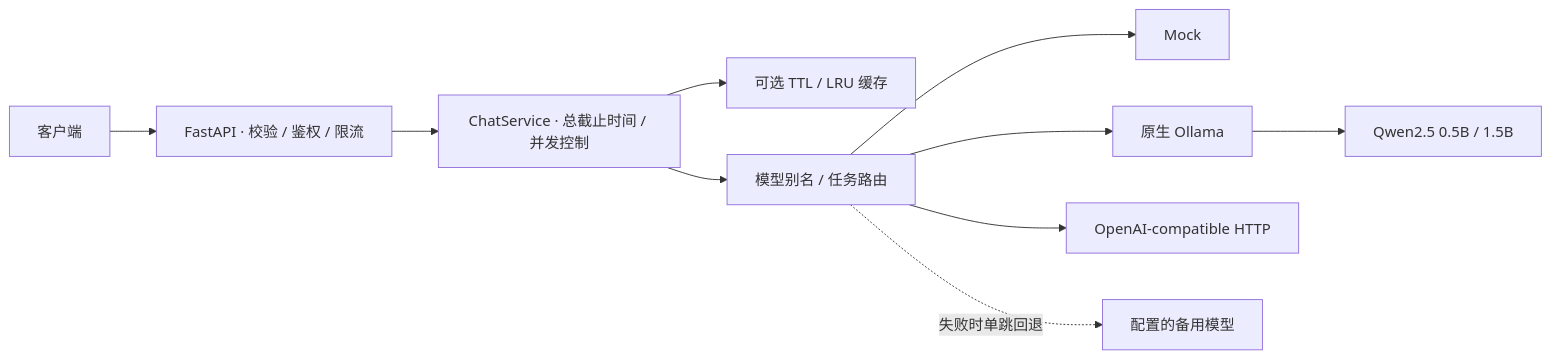
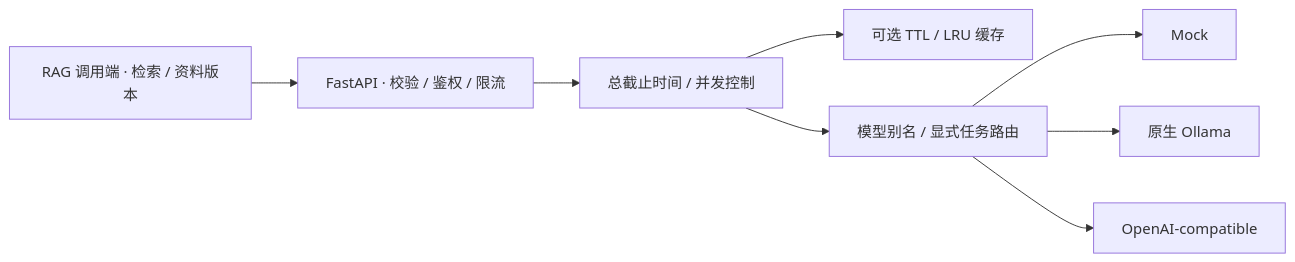
One commit to FouHe0720/llm-gateway-service changed the diagram in README.md. Above: the diagram before and after it, drawn with Mermaid. The commit also changed other lines of this file and 25 other files, not shown here.

````diff
--- a/README.md
+++ b/README.md
@@ -52,12 +75,10 @@
 ```mermaid
 flowchart LR
-    Client[客户端] --> API[FastAPI · 校验 / 鉴权 / 限流]
-    API --> Service[ChatService · 总截止时间 / 并发控制]
+    RAG[RAG 调用端 · 检索 / 资料版本] --> API[FastAPI · 校验 / 鉴权 / 限流]
+    API --> Service[总截止时间 / 并发控制]
     Service --> Cache[可选 TTL / LRU 缓存]
-    Service --> Router[模型别名 / 任务路由]
+    Service --> Router[模型别名 / 显式任务路由]
     Router --> Mock[Mock]
     Router --> Ollama[原生 Ollama]
-    Router --> HTTP[OpenAI-compatible HTTP]
-    Ollama --> Qwen[Qwen2.5 0.5B / 1.5B]
-    Router -. 失败时单跳回退 .-> Backup[配置的备用模型]
+    Router --> HTTP[OpenAI-compatible]
 ```
````
